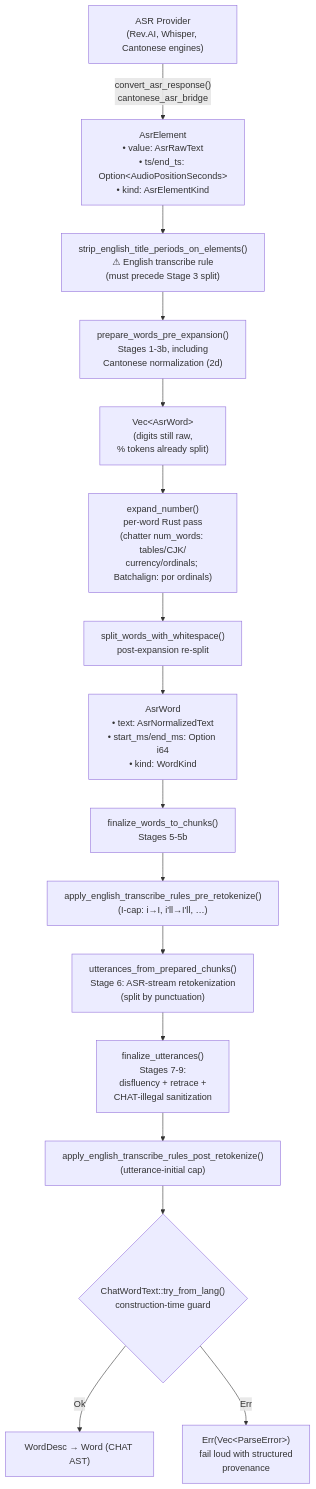
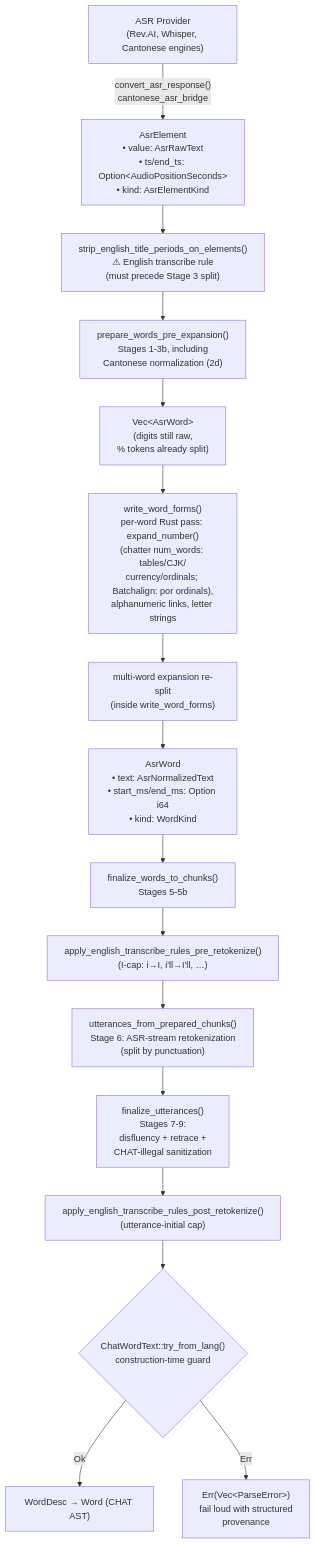
Before and after one commit to FranklinChen/talkbank-tools: the first of 7 diagrams in book/src/batchalign/architecture/asr-token-pipeline.md, drawn with Mermaid. The commit also changed other lines of this file and 412 other files, not shown here.

````diff
--- a/book/src/batchalign/architecture/asr-token-pipeline.md
+++ b/book/src/batchalign/architecture/asr-token-pipeline.md
@@ -40,26 +40,26 @@
 ```mermaid
 flowchart TD
     Provider["ASR Provider\n(Rev.AI, Whisper, Cantonese engines)"]
     AE["AsrElement\n&bull; value: AsrRawText\n&bull; ts/end_ts: Option&lt;AudioPositionSeconds&gt;\n&bull; kind: AsrElementKind"]
     EnTitlePeriod["strip_english_title_periods_on_elements()\n⚠ English transcribe rule\n(must precede Stage 3 split)"]
     Pre["prepare_words_pre_expansion()\nStages 1-3b, including\nCantonese normalization (2d)"]
     AW_pre["Vec&lt;AsrWord&gt;\n(digits still raw,\n% tokens already split)"]
-    Expand["expand_number()\nper-word Rust pass\n(chatter num_words: tables/CJK/\ncurrency/ordinals; Batchalign: por ordinals)"]
-    Split["split_words_with_whitespace()\npost-expansion re-split"]
+    Expand["write_word_forms()\nper-word Rust pass: expand_number()\n(chatter num_words: tables/CJK/\ncurrency/ordinals; Batchalign: por ordinals),\nalphanumeric links, letter strings"]
+    Split["multi-word expansion re-split\n(inside write_word_forms)"]
     AW["AsrWord\n&bull; text: AsrNormalizedText\n&bull; start_ms/end_ms: Option i64\n&bull; kind: WordKind"]
     Fin["finalize_words_to_chunks()\nStages 5-5b"]
     EnICap["apply_english_transcribe_rules_pre_retokenize()\n(I-cap: i→I, i'll→I'll, …)"]
     Retok["utterances_from_prepared_chunks()\nStage 6: ASR-stream retokenization\n(split by punctuation)"]
     Final["finalize_utterances()\nStages 7-9:\ndisfluency + retrace +\nCHAT-illegal sanitization"]
     EnUttCap["apply_english_transcribe_rules_post_retokenize()\n(utterance-initial cap)"]
     TryFrom{"ChatWordText::try_from_lang()\nconstruction-time guard"}
     Reject["Err(Vec&lt;ParseError&gt;)\nfail loud with structured\nprovenance"]
     WD["WordDesc → Word (CHAT AST)"]
 
     Provider -->|"convert_asr_response()\ncantonese_asr_bridge"| AE
     AE --> EnTitlePeriod --> Pre --> AW_pre
     AW_pre --> Expand
     Expand --> Split --> AW --> Fin --> EnICap --> Retok --> Final --> EnUttCap --> TryFrom
     TryFrom -->|"Ok"| WD
     TryFrom -->|"Err"| Reject
 ```
````
